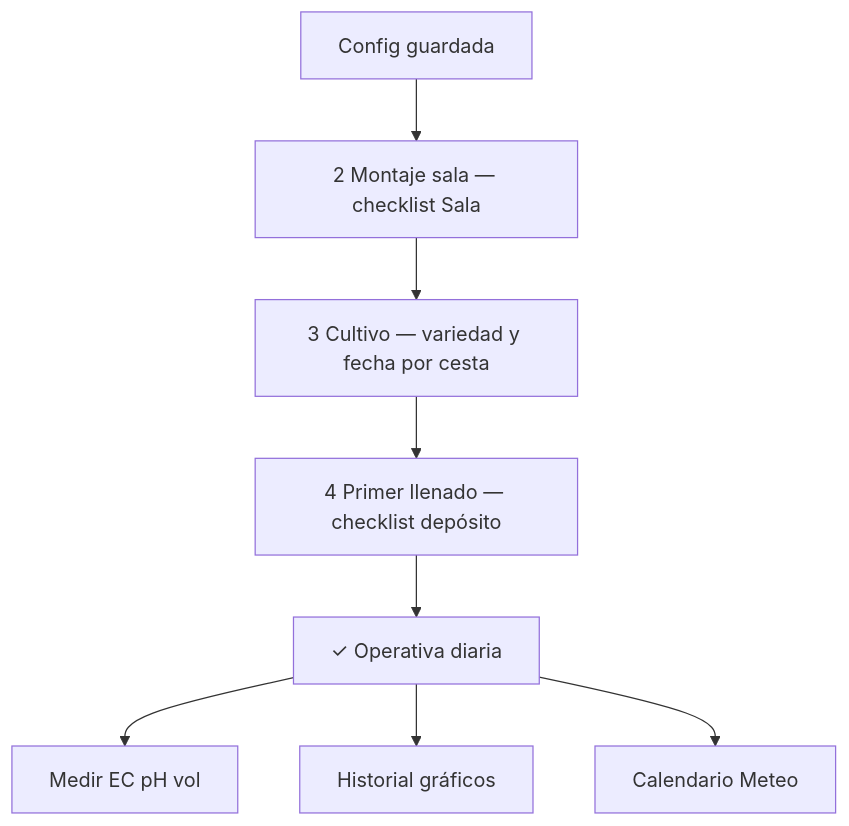
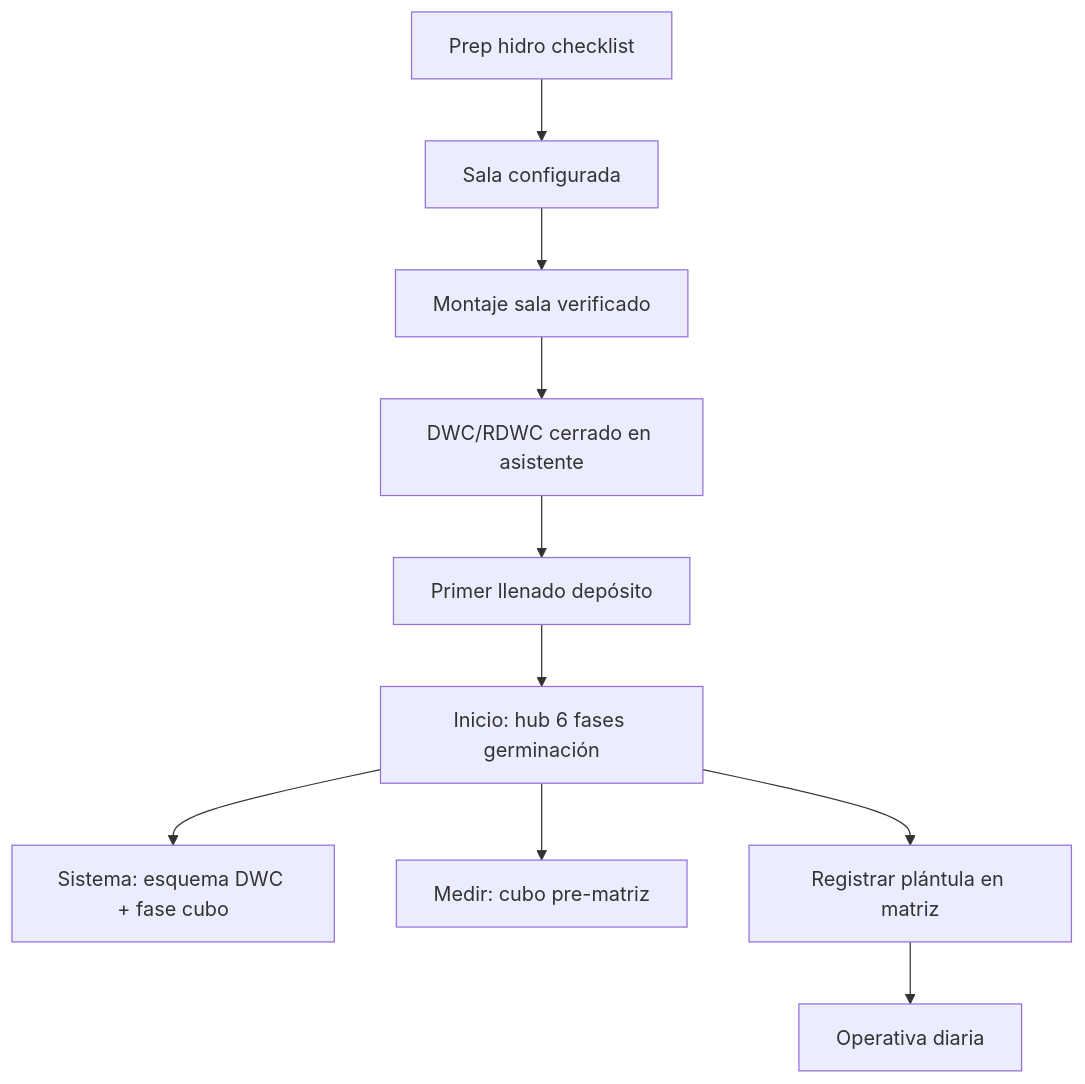
Before and after one commit to Debrin77/HidroGrow-web: the fifth of 10 diagrams in docs/diagrama-flujo-hidrogrow.md, drawn with Mermaid. The commit also changed other lines of this file and 9 other files, not shown here.

First line of the commit message:
perf60: unificar checklist enraizado y diagrama de flujo completo

````diff
--- a/docs/diagrama-flujo-hidrogrow.md
+++ b/docs/diagrama-flujo-hidrogrow.md
@@ -63,10 +123,12 @@
 ```mermaid
 flowchart TD
-  L[Config guardada] --> M[2 Montaje sala — checklist Sala]
-  M --> C[3 Cultivo — variedad y fecha por cesta]
-  C --> D[4 Primer llenado — checklist depósito]
-  D --> O[✓ Operativa diaria]
-  O --> M1[Medir EC pH vol]
-  O --> M2[Historial gráficos]
-  O --> M3[Calendario Meteo]
+  B1[Prep hidro checklist] --> B2[Sala configurada]
+  B2 --> B3[Montaje sala verificado]
+  B3 --> B4[DWC/RDWC cerrado en asistente]
+  B4 --> B5[Primer llenado depósito]
+  B5 --> B6[Inicio: hub 6 fases germinación]
+  B6 --> B7[Sistema: esquema DWC + fase cubo]
+  B6 --> B8[Medir: cubo pre-matriz]
+  B6 --> B9[Registrar plántula en matriz]
+  B9 --> B10[Operativa diaria]
 ```
````
